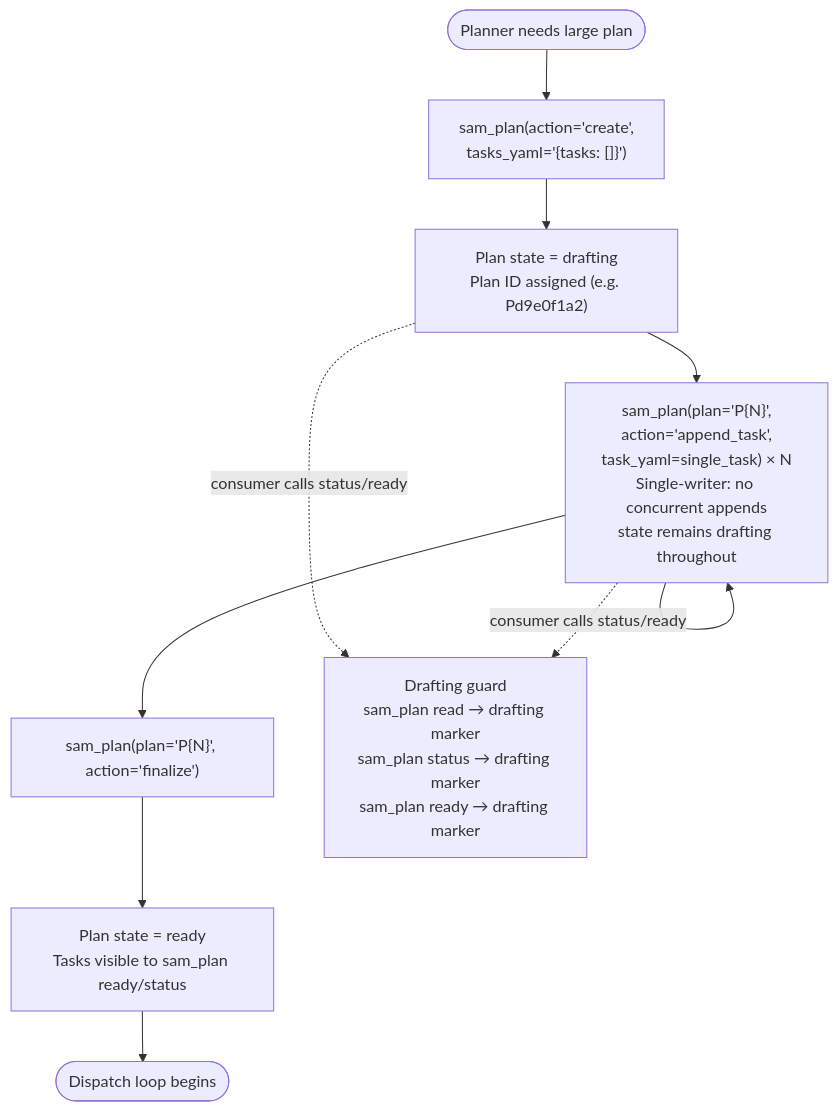
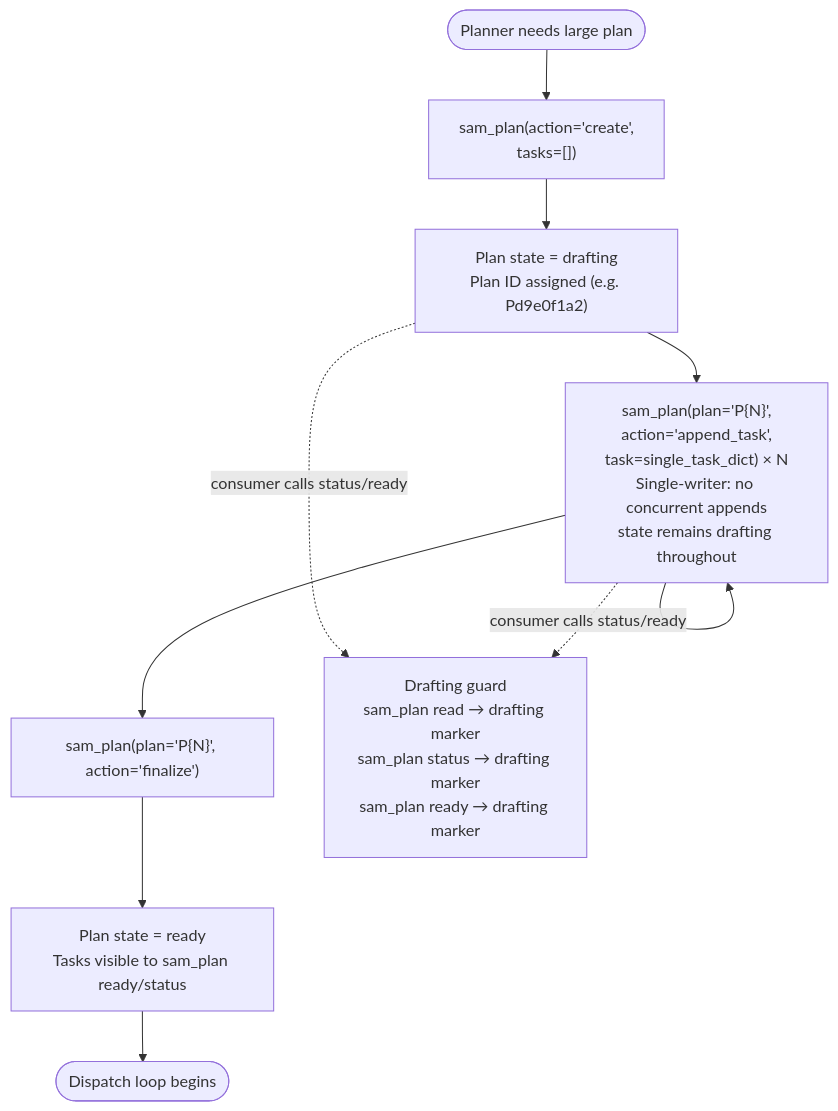
One commit to Jamie-BitFlight/claude_skills changed the third of 5 diagrams in plugins/development-harness/docs/workflow-architecture-diagram.md. Above: the diagram before and after it, drawn with Mermaid. The commit also changed other lines of this file and 30 other files, not shown here.

````diff
--- a/plugins/development-harness/docs/workflow-architecture-diagram.md
+++ b/plugins/development-harness/docs/workflow-architecture-diagram.md
@@ -305,14 +305,14 @@
 ```mermaid
 flowchart TD
-    Start([Planner needs large plan]) --> Create["sam_plan(action='create',<br>tasks_yaml='{tasks: []}')"]
+    Start([Planner needs large plan]) --> Create["sam_plan(action='create',<br>tasks=[])"]
     Create --> Drafting["Plan state = drafting<br>Plan ID assigned (e.g. Pd9e0f1a2)"]
-    Drafting --> AppendLoop["sam_plan(plan='P{N}',<br>action='append_task',<br>task_yaml=single_task) × N<br>Single-writer: no concurrent appends<br>state remains drafting throughout"]
+    Drafting --> AppendLoop["sam_plan(plan='P{N}',<br>action='append_task',<br>task=single_task_dict) × N<br>Single-writer: no concurrent appends<br>state remains drafting throughout"]
     AppendLoop --> AppendLoop
     AppendLoop --> Finalize["sam_plan(plan='P{N}', action='finalize')"]
     Finalize --> Ready["Plan state = ready<br>Tasks visible to sam_plan ready/status"]
     Ready --> Dispatch([Dispatch loop begins])
 
     DraftingGuard["Drafting guard<br>sam_plan read → drafting marker<br>sam_plan status → drafting marker<br>sam_plan ready → drafting marker"]
     Drafting -.->|"consumer calls status/ready"| DraftingGuard
     AppendLoop -.->|"consumer calls status/ready"| DraftingGuard
 ```
````
